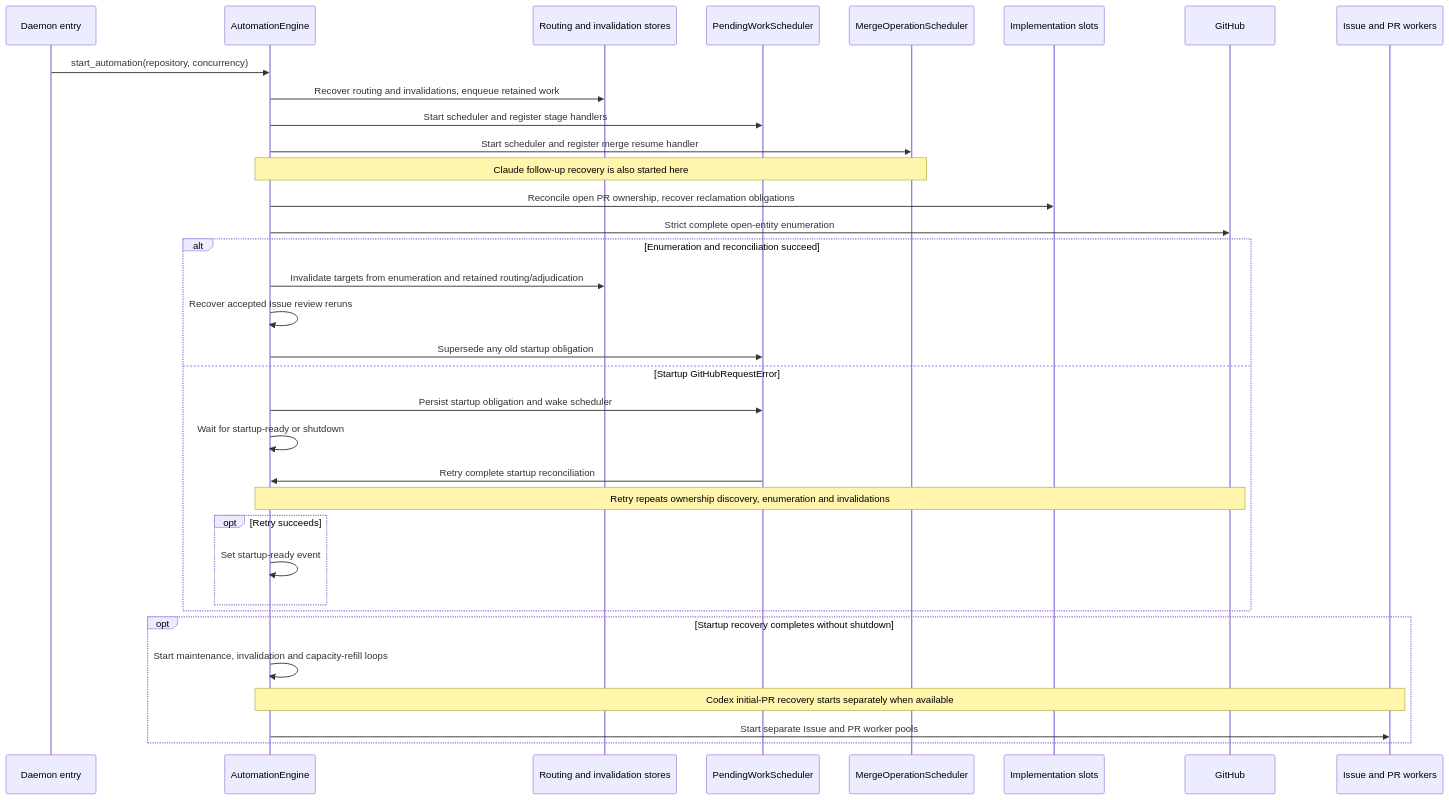
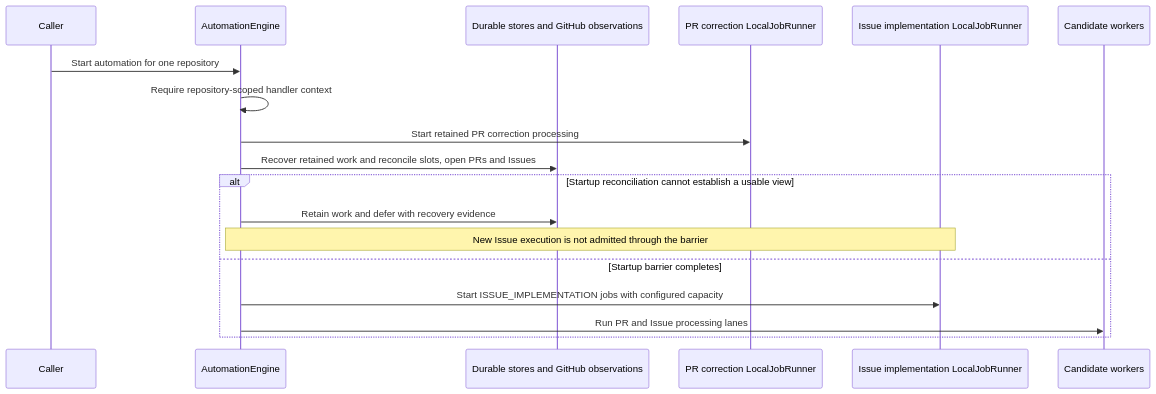
Before and after one commit to kitamura-tetsuo/auto-coder: the first of 3 diagrams in docs/architecture/as-is/engine-and-issues.md, drawn with Mermaid. The commit also changed other lines of this file and 14 other files, not shown here.

First line of the commit message:
docs: refresh as-is sequences and map refactoring boundaries

````diff
--- a/docs/architecture/as-is/engine-and-issues.md
+++ b/docs/architecture/as-is/engine-and-issues.md
@@ -9,36 +7,20 @@
 ```mermaid
 sequenceDiagram
-    participant CLI as Daemon entry
+    participant Caller
     participant E as AutomationEngine
-    participant D as Routing and invalidation stores
-    participant P as PendingWorkScheduler
-    participant M as MergeOperationScheduler
-    participant S as Implementation slots
-    participant G as GitHub
-    participant W as Issue and PR workers
-    CLI->>E: start_automation(repository, concurrency)
-    E->>D: Recover routing and invalidations, enqueue retained work
-    E->>P: Start scheduler and register stage handlers
-    E->>M: Start scheduler and register merge resume handler
-    Note over E,M: Claude follow-up recovery is also started here
-    E->>S: Reconcile open PR ownership, recover reclamation obligations
-    E->>G: Strict complete open-entity enumeration
-    alt Enumeration and reconciliation succeed
-        E->>D: Invalidate targets from enumeration and retained routing/adjudication
-        E->>E: Recover accepted Issue review reruns
-        E->>P: Supersede any old startup obligation
-    else Startup GitHubRequestError
-        E->>P: Persist startup obligation and wake scheduler
-        E->>E: Wait for startup-ready or shutdown
-        P->>E: Retry complete startup reconciliation
-        Note over E,G: Retry repeats ownership discovery, enumeration and invalidations
-        opt Retry succeeds
-            E->>E: Set startup-ready event
-        end
-    end
-    opt Startup recovery completes without shutdown
-        E->>E: Start maintenance, invalidation and capacity-refill loops
-        Note over E,W: Codex initial-PR recovery starts separately when available
-        E->>W: Start separate Issue and PR worker pools
+    participant S as Durable stores and GitHub observations
+    participant R as PR correction LocalJobRunner
+    participant I as Issue implementation LocalJobRunner
+    participant W as Candidate workers
+    Caller->>E: Start automation for one repository
+    E->>E: Require repository-scoped handler context
+    E->>R: Start retained PR correction processing
+    E->>S: Recover retained work and reconcile slots, open PRs and Issues
+    alt Startup reconciliation cannot establish a usable view
+        E->>S: Retain work and defer with recovery evidence
+        Note over E,I: New Issue execution is not admitted through the barrier
+    else Startup barrier completes
+        E->>I: Start ISSUE_IMPLEMENTATION jobs with configured capacity
+        E->>W: Run PR and Issue processing lanes
     end
 ```
````
